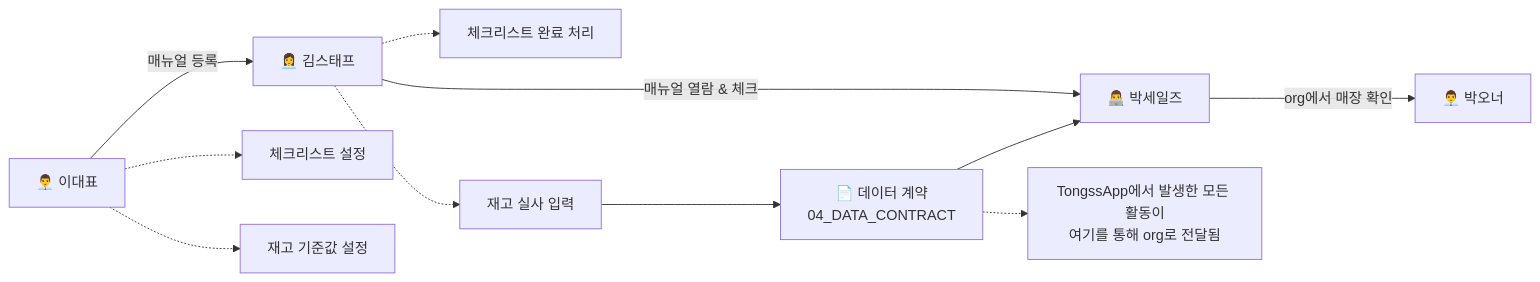
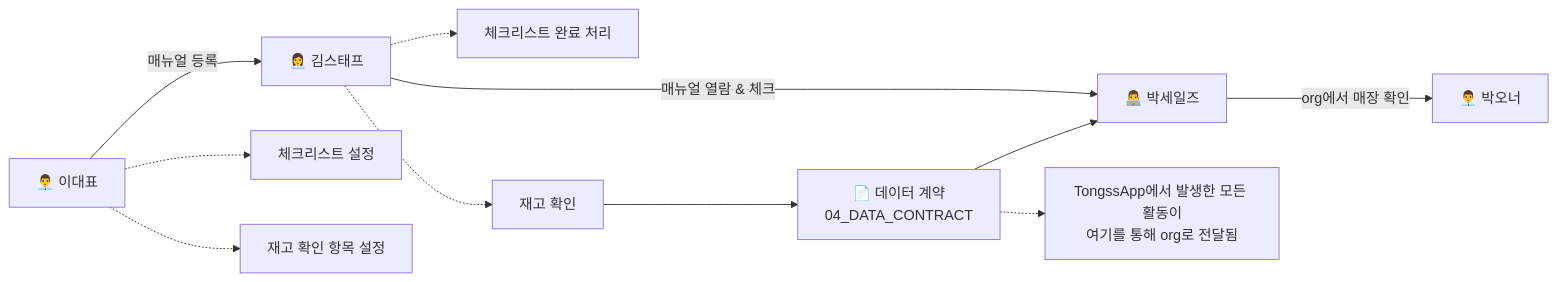
The first of 2 diagrams in docs/02_USER_FLOW.md (sara6ang/project-starter), drawn with Mermaid before and after one commit. The commit also changed other lines of this file and 22 other files, not shown here.

````diff
--- a/docs/02_USER_FLOW.md
+++ b/docs/02_USER_FLOW.md
@@ -11,30 +11,30 @@
 ```mermaid
 flowchart LR
     A["👨‍💼 이대표"]
     B["👩‍💼 김스태프"]
     C["👨‍💻 박세일즈"]
     D["👨‍💼 박오너"]
 
     A -->|매뉴얼 등록| B
     B -->|매뉴얼 열람 & 체크| C
     C -->|org에서 매장 확인| D
 
     A1["체크리스트 설정"]
-    A2["재고 기준값 설정"]
+    A2["재고 확인 항목 설정"]
     B1["체크리스트 완료 처리"]
-    B2["재고 실사 입력"]
+    B2["재고 확인"]
 
     A -.-> A1
     A -.-> A2
     B -.-> B1
     B -.-> B2
 
     DC["📄 데이터 계약<br/>04_DATA_CONTRACT"]
 
     B2 --> DC
     DC --> C
 
     Note["TongssApp에서 발생한 모든 활동이<br/>여기를 통해 org로 전달됨"]
 
     DC -.-> Note
 ```
````
